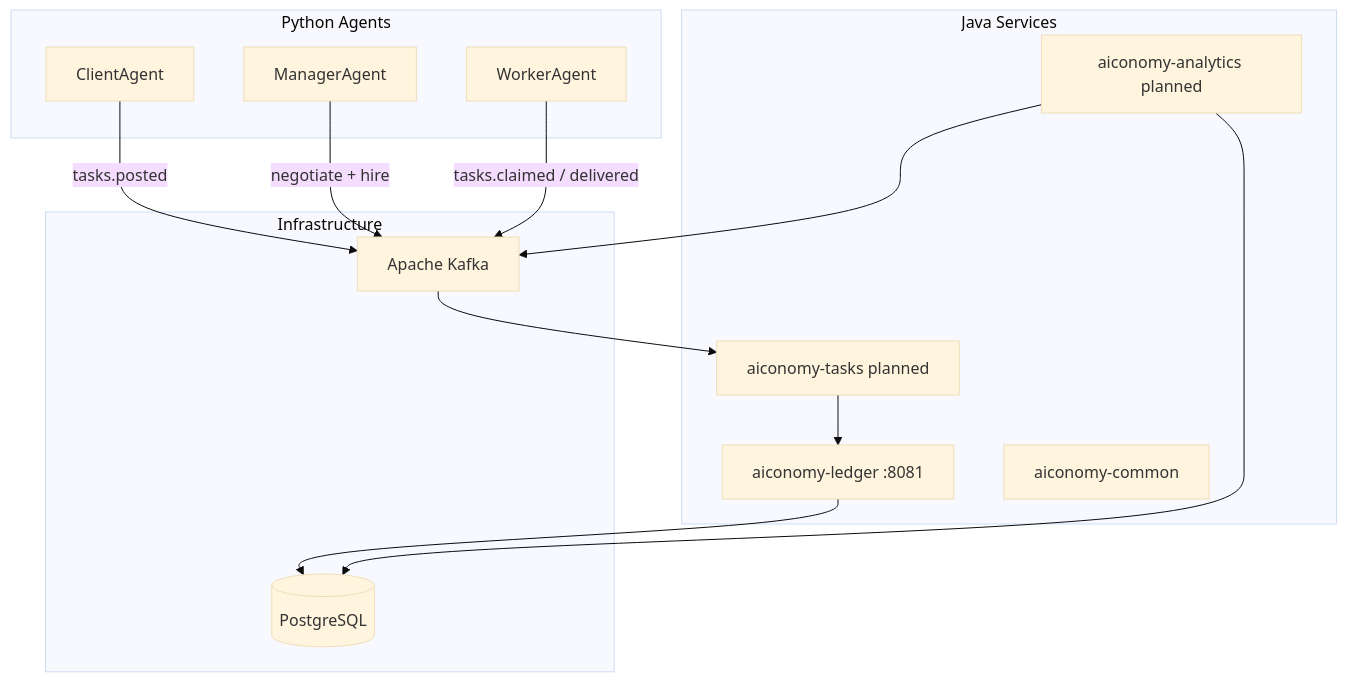
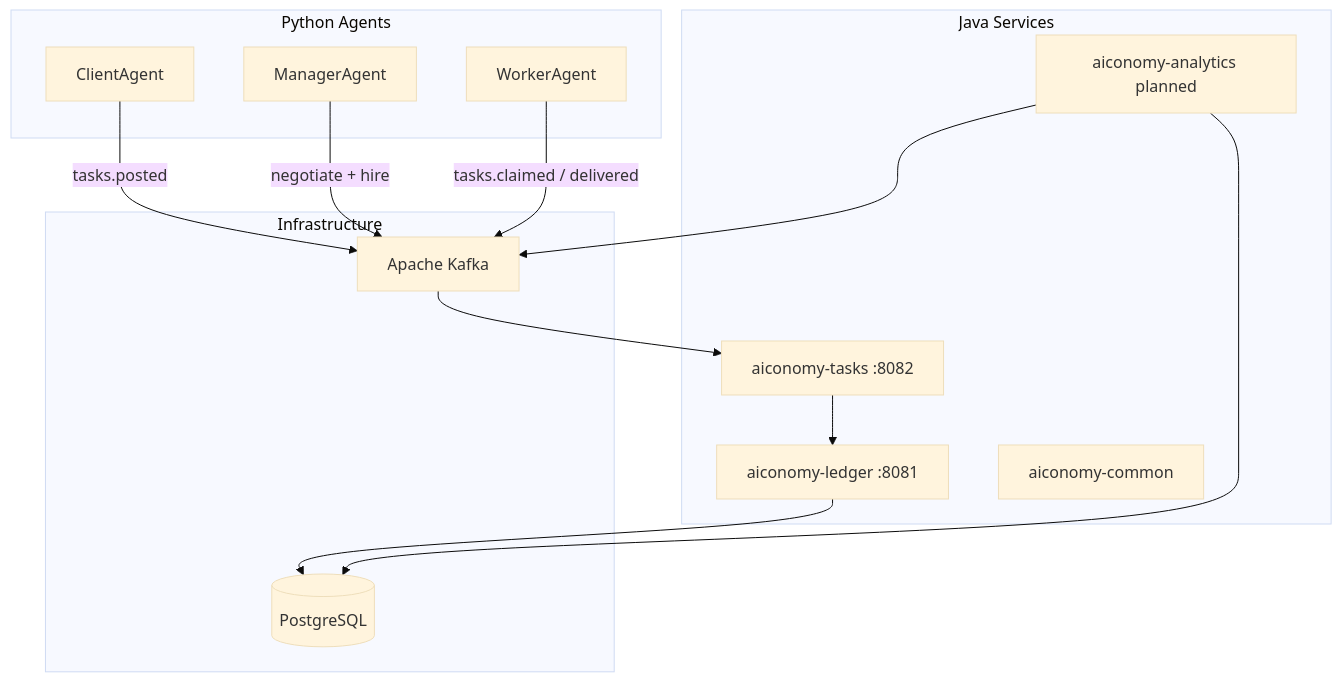
The diagram in README.md (A1conomy/aiconomy), drawn with Mermaid (base theme) before and after one commit. The commit also changed other lines of this file and 67 other files, not shown here.

````diff
--- a/README.md
+++ b/README.md
@@ -15,29 +15,29 @@
 ```mermaid
 flowchart TB
     subgraph agents [Python Agents]
         Client[ClientAgent]
         Manager[ManagerAgent]
         Worker[WorkerAgent]
     end
 
     subgraph java [Java Services]
-        Tasks[aiconomy-tasks planned]
+        Tasks[aiconomy-tasks :8082]
         Ledger[aiconomy-ledger :8081]
         Analytics[aiconomy-analytics planned]
         Common[aiconomy-common]
     end
 
     subgraph infra [Infrastructure]
         Kafka[Apache Kafka]
         Postgres[(PostgreSQL)]
     end
 
     Client -->|tasks.posted| Kafka
     Manager -->|negotiate + hire| Kafka
     Worker -->|tasks.claimed / delivered| Kafka
     Kafka --> Tasks
     Tasks --> Ledger
     Ledger --> Postgres
     Analytics --> Postgres
     Analytics --> Kafka
 ```
````
